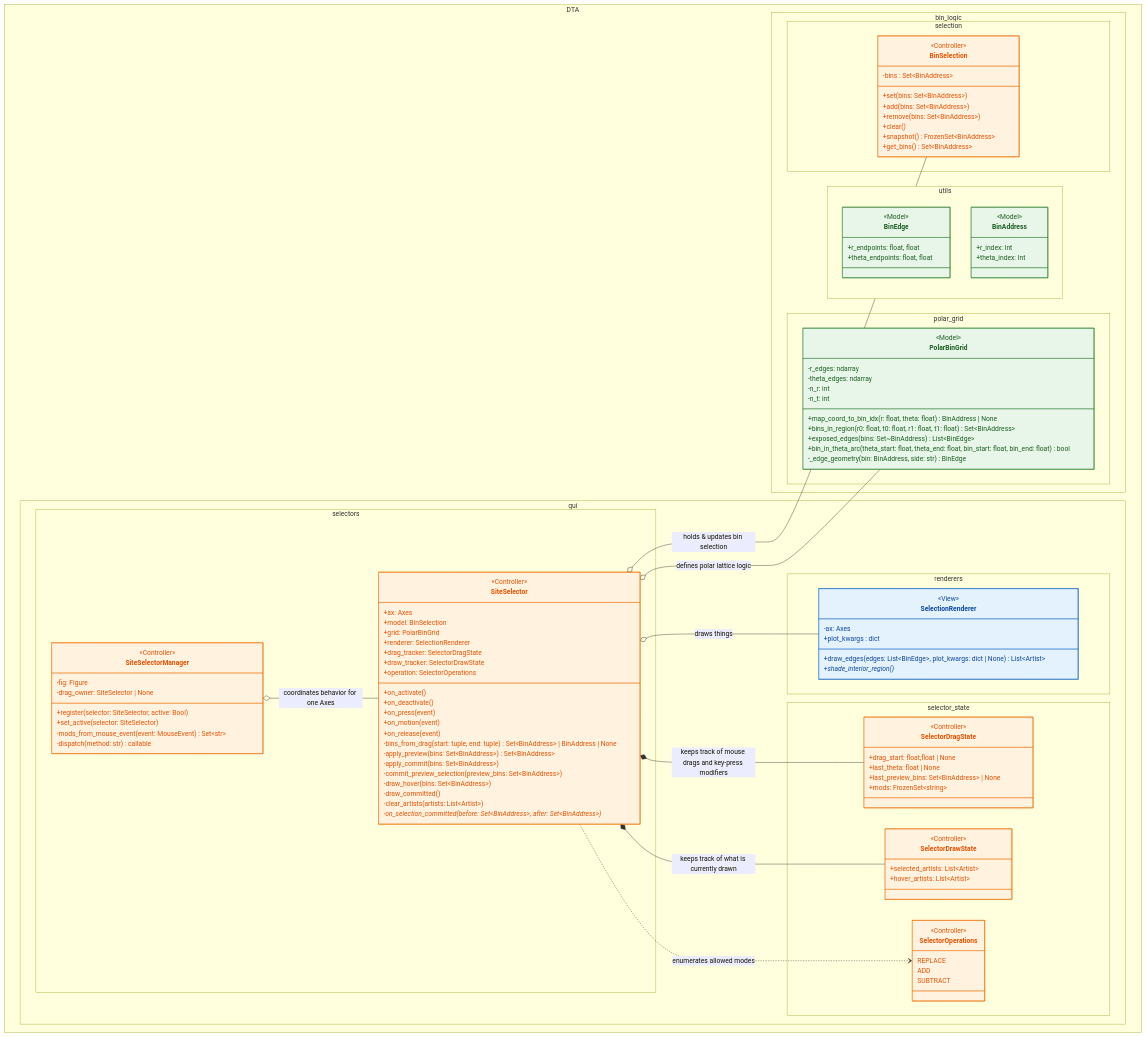
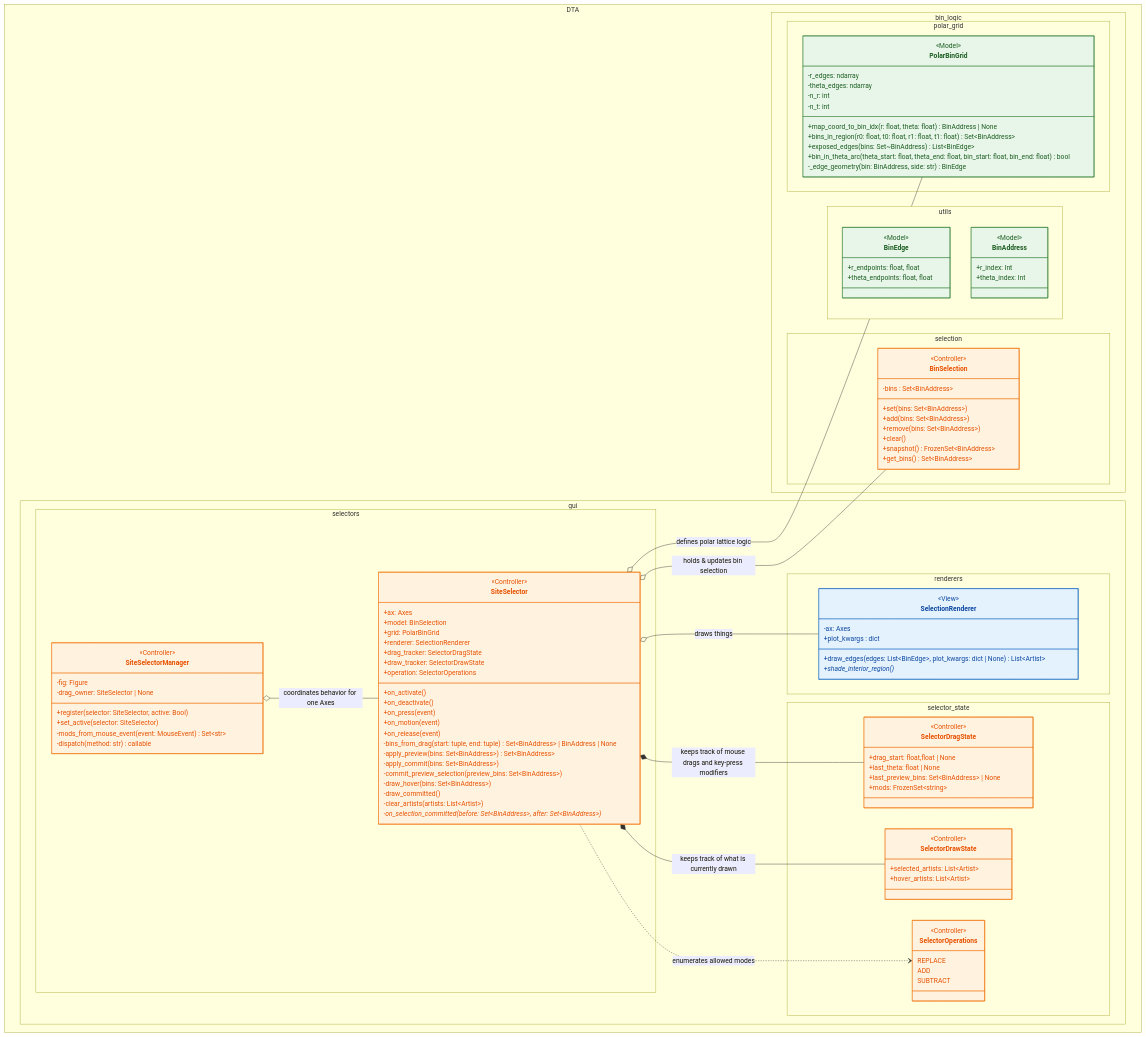
One commit to BranniganLab/density_threshold_affinity changed the first of 2 diagrams in python/dta/gui/README.md. Above: the diagram before and after it, drawn with Mermaid.

```diff
--- a/python/dta/gui/README.md
+++ b/python/dta/gui/README.md
@@ -75,17 +75,6 @@
 %% =========================
 %% Model
 %% =========================
-namespace DTA.bin_logic.selection {
-class BinSelection {
-    -bins : Set~BinAddress~
-    +set(bins: Set~BinAddress~)
-    +add(bins: Set~BinAddress~)
-    +remove(bins: Set~BinAddress~)
-    +clear()
-    +snapshot() FrozenSet~BinAddress~
-    +get_bins() Set~BinAddress~
-}
-}
 
 namespace DTA.bin_logic.polar_grid {
 class PolarBinGrid {
@@ -128,6 +117,18 @@
 %% =========================
 %% Controller
 %% =========================
+namespace DTA.bin_logic.selection {
+class BinSelection {
+    -bins : Set~BinAddress~
+    +set(bins: Set~BinAddress~)
+    +add(bins: Set~BinAddress~)
+    +remove(bins: Set~BinAddress~)
+    +clear()
+    +snapshot() FrozenSet~BinAddress~
+    +get_bins() Set~BinAddress~
+}
+}
+
 namespace DTA.gui.selector_state {
 class SelectorOperations {
     <<enumeration>>
```
